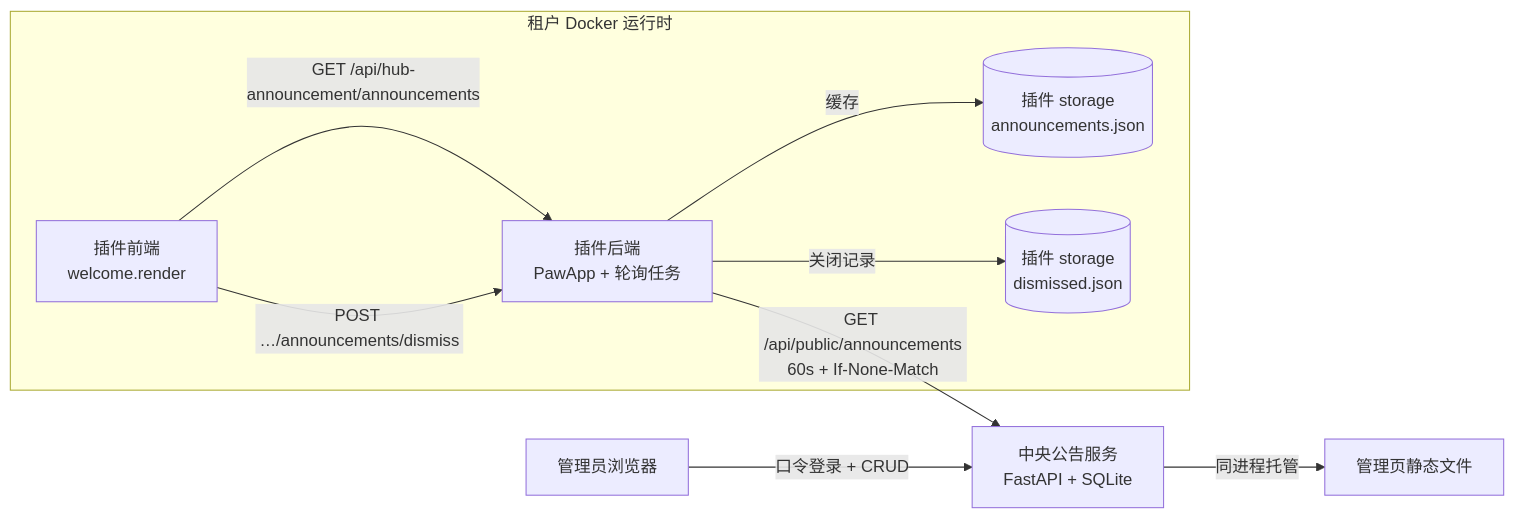
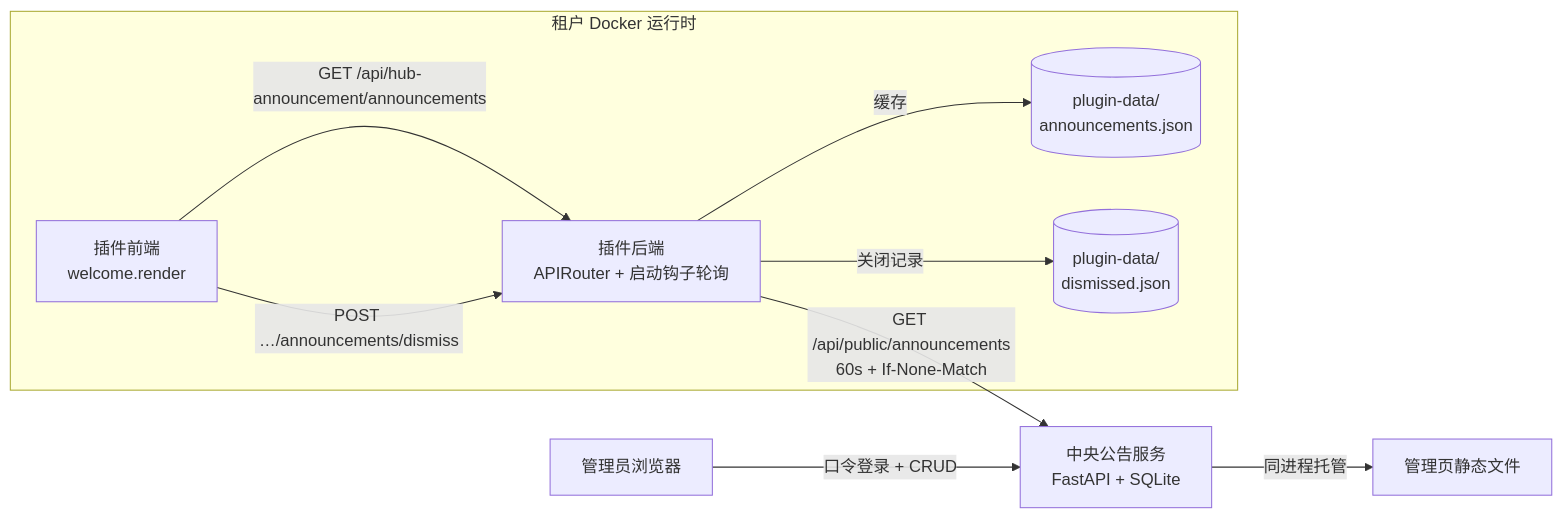
Before and after one commit to Ligandlly/qwenpaw-hub-announcement-plugin: the diagram in architecture.md, drawn with Mermaid. The commit also changed other lines of this file and 8 other files, not shown here.

First line of the commit message:
Move the plugin onto the QwenPaw 2.2.2 plugin API

````diff
--- a/architecture.md
+++ b/architecture.md
@@ -19,12 +19,12 @@
 ```mermaid
 flowchart LR
     Admin[管理员浏览器] -->|口令登录 + CRUD| Svc[中央公告服务<br/>FastAPI + SQLite]
     Svc -->|同进程托管| AdminPage[管理页静态文件]
     subgraph Tenant[租户 Docker 运行时]
-        FE[插件前端<br/>welcome.render] -->|GET /api/hub-announcement/announcements| BE[插件后端<br/>PawApp + 轮询任务]
+        FE[插件前端<br/>welcome.render] -->|GET /api/hub-announcement/announcements| BE[插件后端<br/>APIRouter + 启动钩子轮询]
         FE -->|POST …/announcements/dismiss| BE
-        BE -->|缓存| Store[(插件 storage<br/>announcements.json)]
-        BE -->|关闭记录| Store2[(插件 storage<br/>dismissed.json)]
+        BE -->|缓存| Store[(plugin-data/<id><br/>announcements.json)]
+        BE -->|关闭记录| Store2[(plugin-data/<id><br/>dismissed.json)]
     end
     BE -->|GET /api/public/announcements<br/>60s + If-None-Match| Svc
 ```
````
